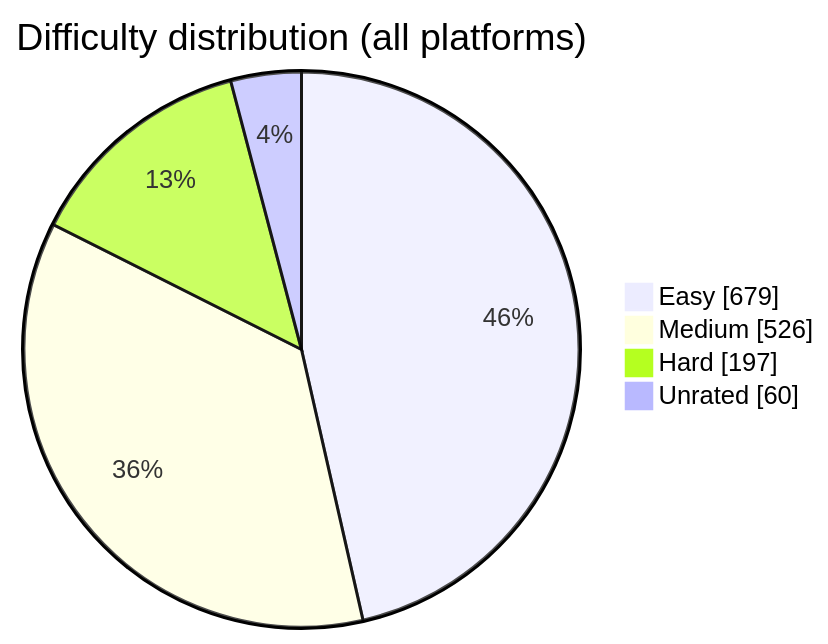
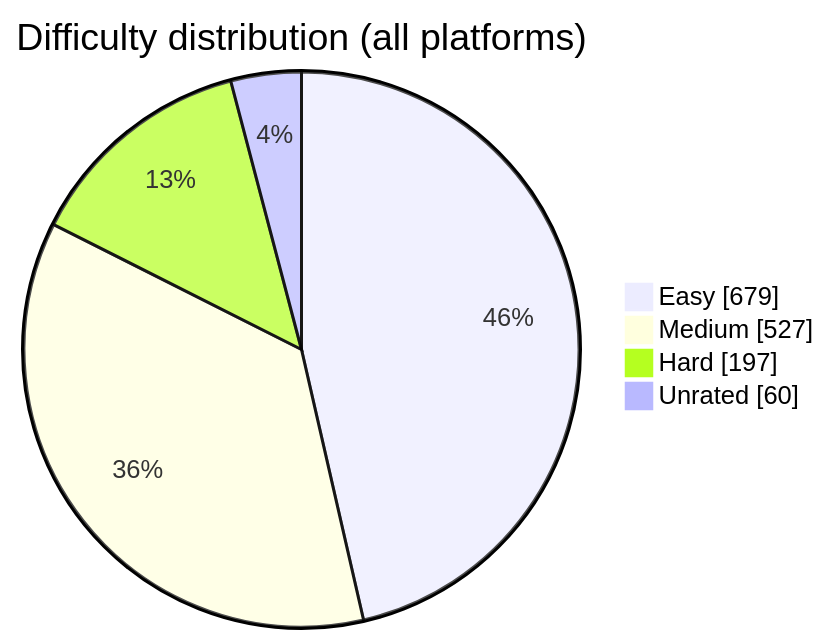
One commit to BuildbyArindam/Daily-Coding-Log changed the diagram in README.md. Above: the diagram before and after it, drawn with Mermaid. The commit also changed other lines of this file, not shown here.

````diff
--- a/README.md
+++ b/README.md
@@ -93,7 +93,7 @@
 ```mermaid
 pie showData title Difficulty distribution (all platforms)
     "Easy" : 679
-    "Medium" : 526
+    "Medium" : 527
     "Hard" : 197
     "Unrated" : 60
 ```
````
